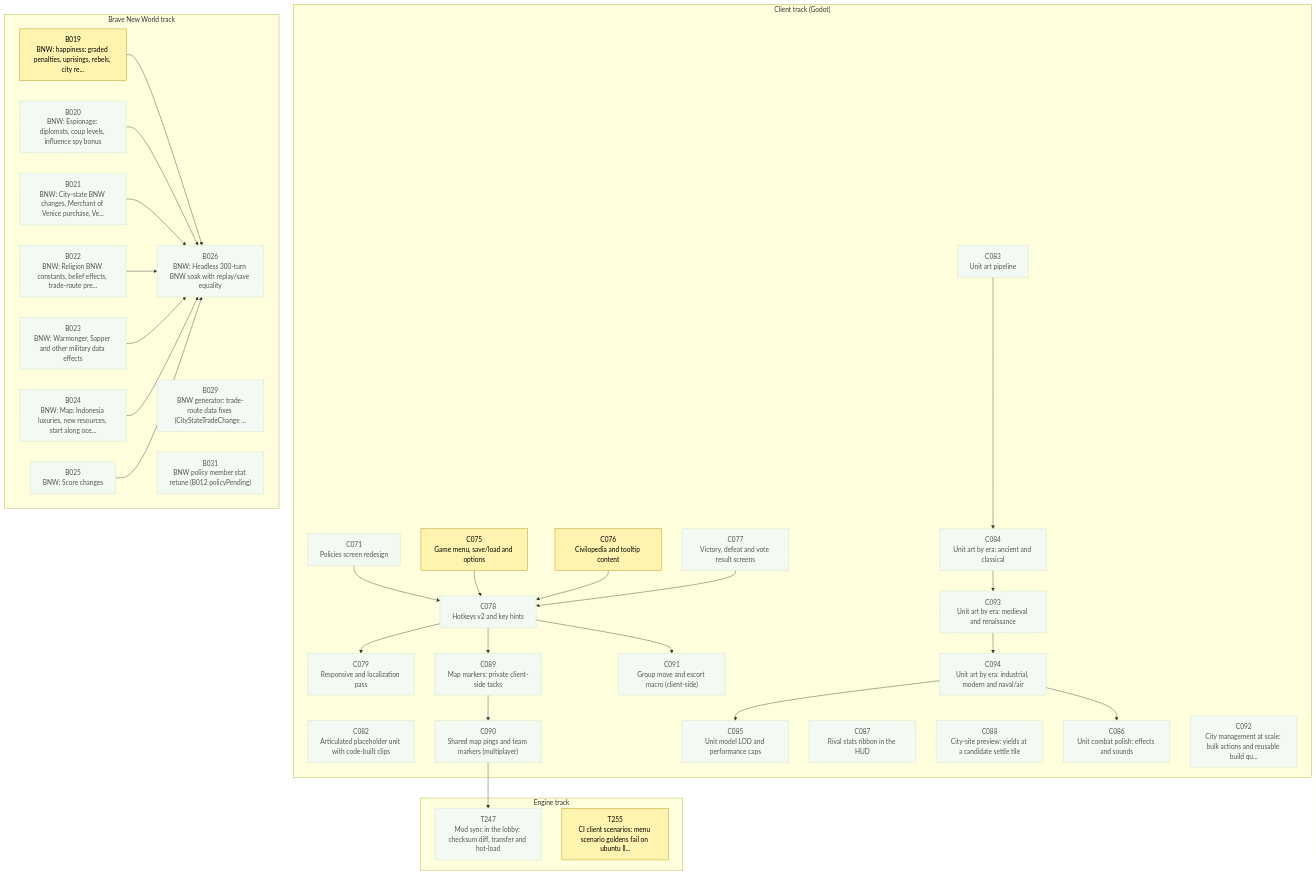
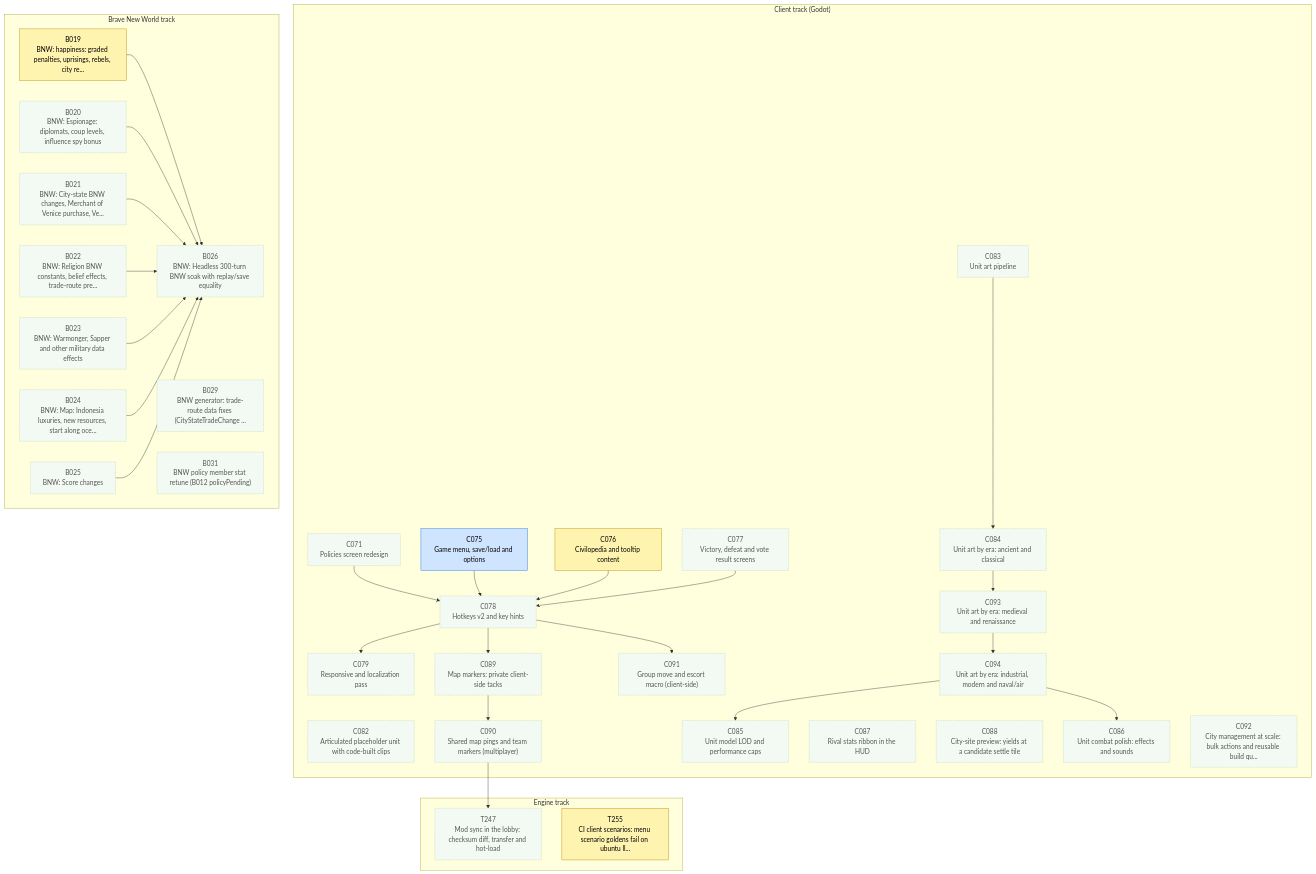
One commit to Kenmura/Unciv changed the first of 3 diagrams in csharp/migration/DEPENDENCY_MAP.md. Above: the diagram before and after it, drawn with Mermaid. The commit also changed other lines of this file and 1 other file, not shown here.

Commit message:
migration: implement C075 [Claude]

```diff
--- a/csharp/migration/DEPENDENCY_MAP.md
+++ b/csharp/migration/DEPENDENCY_MAP.md
@@ -100,7 +100,7 @@
   class B029 waiting
   class B031 waiting
   class C071 waiting
-  class C075 prog
+  class C075 review
   class C076 prog
   class C077 waiting
   class C078 waiting
```
